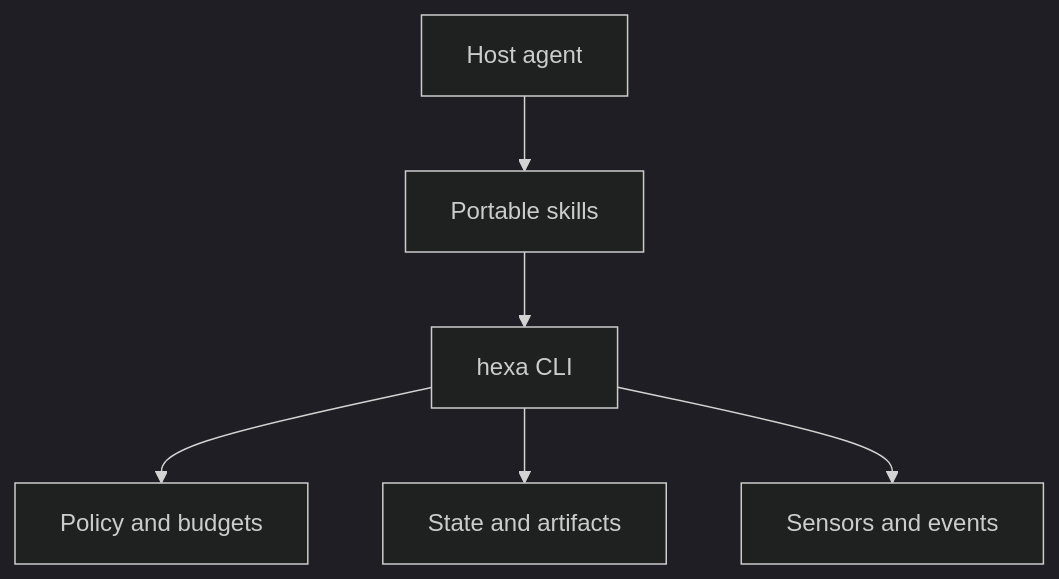
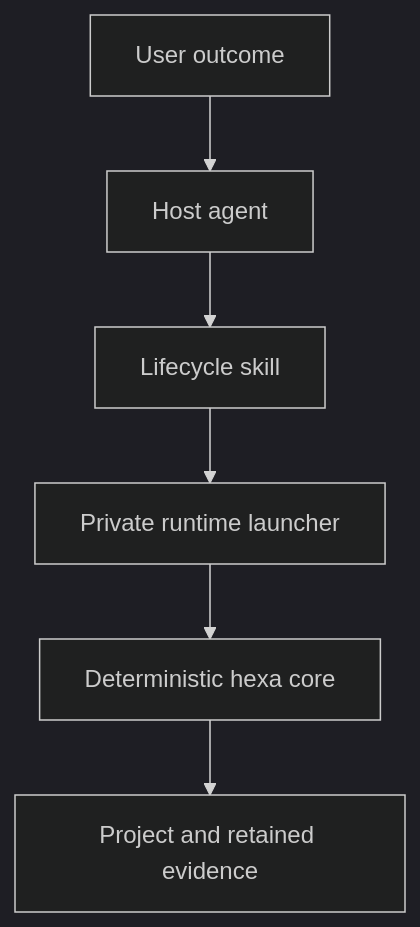
One commit to seungbinshin/hexaharness changed the diagram in docs/architecture.md. Above: the diagram before and after it, drawn with Mermaid (dark theme). The commit also changed other lines of this file and 59 other files, not shown here.

Commit message:
feat: make HexaHarness agent-first

````diff
--- a/docs/architecture.md
+++ b/docs/architecture.md
@@ -5,8 +6,8 @@
 ```mermaid
 flowchart TD
-    H["Host agent"] --> S["Portable skills"]
-    S --> C["hexa CLI"]
-    C --> P["Policy and budgets"]
-    C --> M["State and artifacts"]
-    C --> V["Sensors and events"]
+    U["User outcome"] --> H["Host agent"]
+    H --> S["Lifecycle skill"]
+    S --> B["Private runtime launcher"]
+    B --> C["Deterministic hexa core"]
+    C --> R["Project and retained evidence"]
 ```
````
